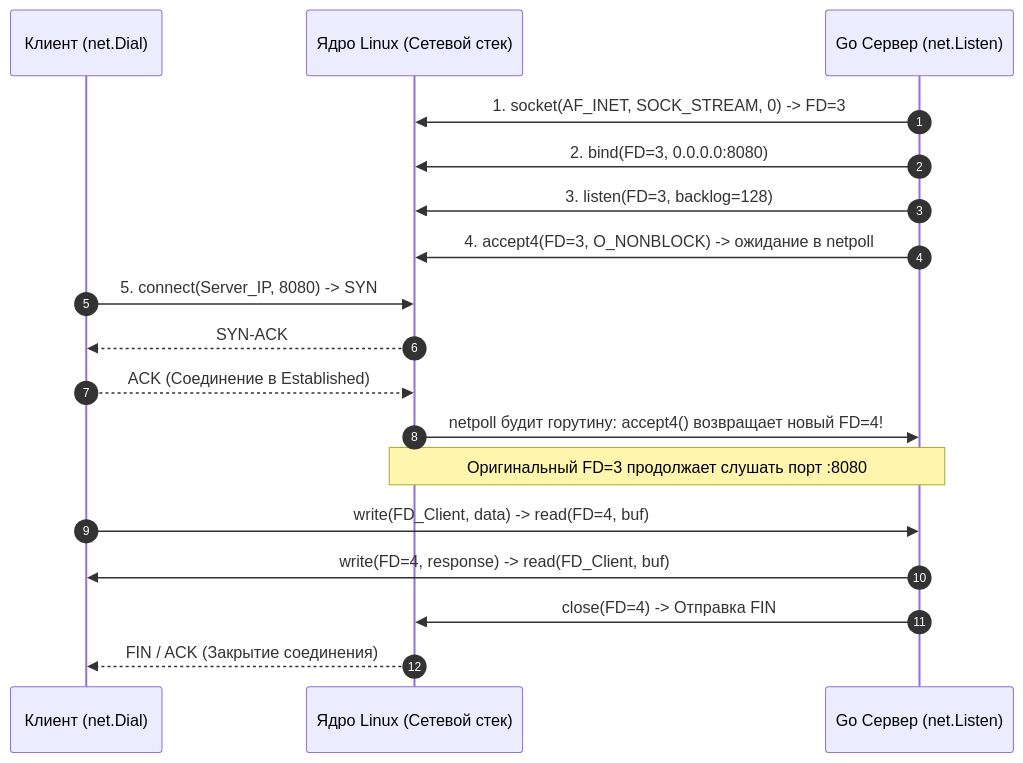
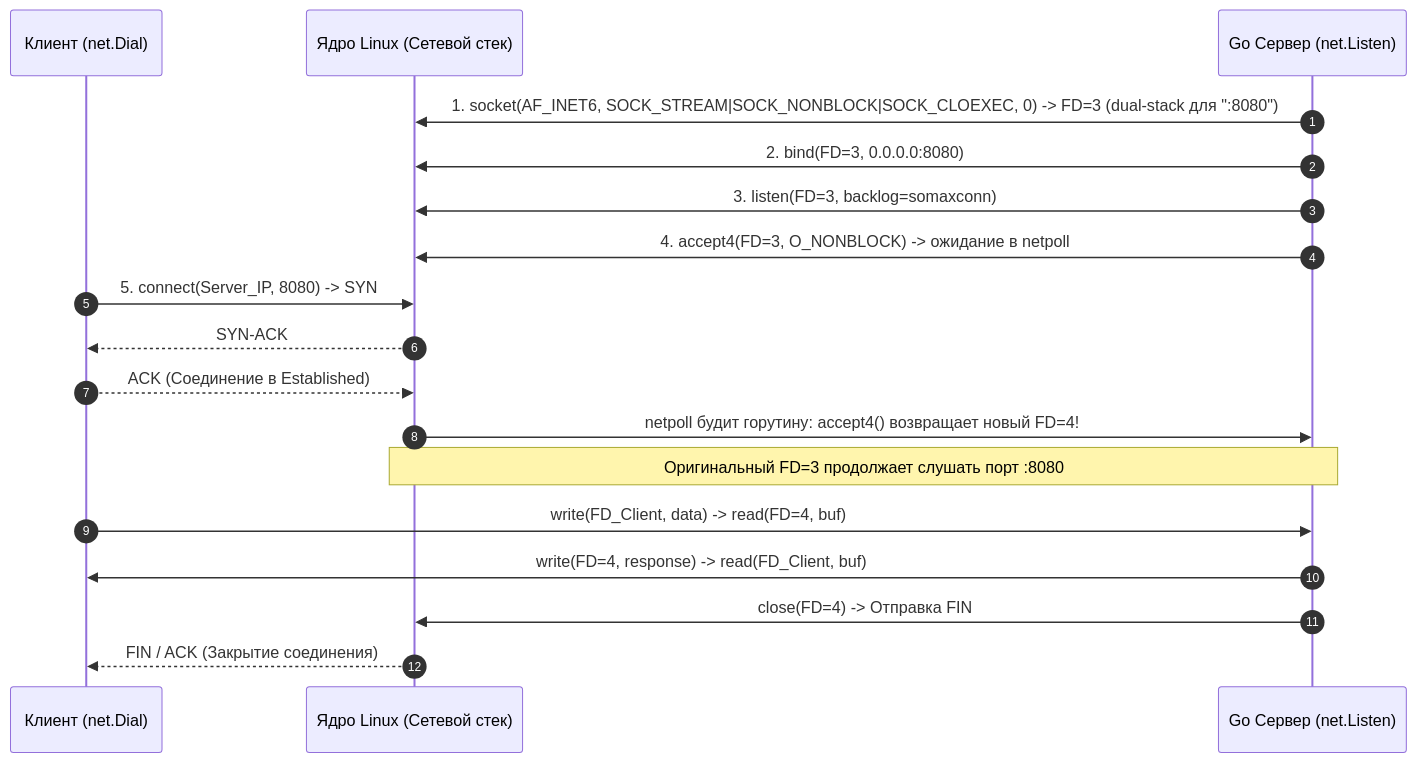
Before and after one commit to UnrealTemplier/go-textbook-ru: the second of 4 diagrams in sources/3. Компьютерные сети и сетевой стек/15. Порты, сокеты и Socket API.md, drawn with Mermaid. The commit also changed other lines of this file and 43 other files, not shown here.

````diff
--- a/sources/3. Компьютерные сети и сетевой стек/15. Порты, сокеты и Socket API.md
+++ b/sources/3. Компьютерные сети и сетевой стек/15. Порты, сокеты и Socket API.md
@@ -122,25 +126,25 @@
 ```mermaid
 sequenceDiagram
     autonumber
     participant Client as Клиент (net.Dial)
     participant Kernel as Ядро Linux (Сетевой стек)
     participant Server as Go Сервер (net.Listen)
 
-    Server->>Kernel: 1. socket(AF_INET, SOCK_STREAM, 0) -> FD=3
+    Server->>Kernel: 1. socket(AF_INET6, SOCK_STREAM|SOCK_NONBLOCK|SOCK_CLOEXEC, 0) -> FD=3 (dual-stack для ":8080")
     Server->>Kernel: 2. bind(FD=3, 0.0.0.0:8080)
-    Server->>Kernel: 3. listen(FD=3, backlog=128)
+    Server->>Kernel: 3. listen(FD=3, backlog=somaxconn)
     Server->>Kernel: 4. accept4(FD=3, O_NONBLOCK) -> ожидание в netpoll
     
     Client->>Kernel: 5. connect(Server_IP, 8080) -> SYN
     Kernel-->>Client: SYN-ACK
     Client-->>Kernel: ACK (Соединение в Established)
     
     Kernel->>Server: netpoll будит горутину: accept4() возвращает новый FD=4!
     Note over Server,Kernel: Оригинальный FD=3 продолжает слушать порт :8080
     
     Client->>Server: write(FD_Client, data) -> read(FD=4, buf)
     Server->>Client: write(FD=4, response) -> read(FD_Client, buf)
     
     Server->>Kernel: close(FD=4) -> Отправка FIN
     Kernel-->>Client: FIN / ACK (Закрытие соединения)
 ```
````
